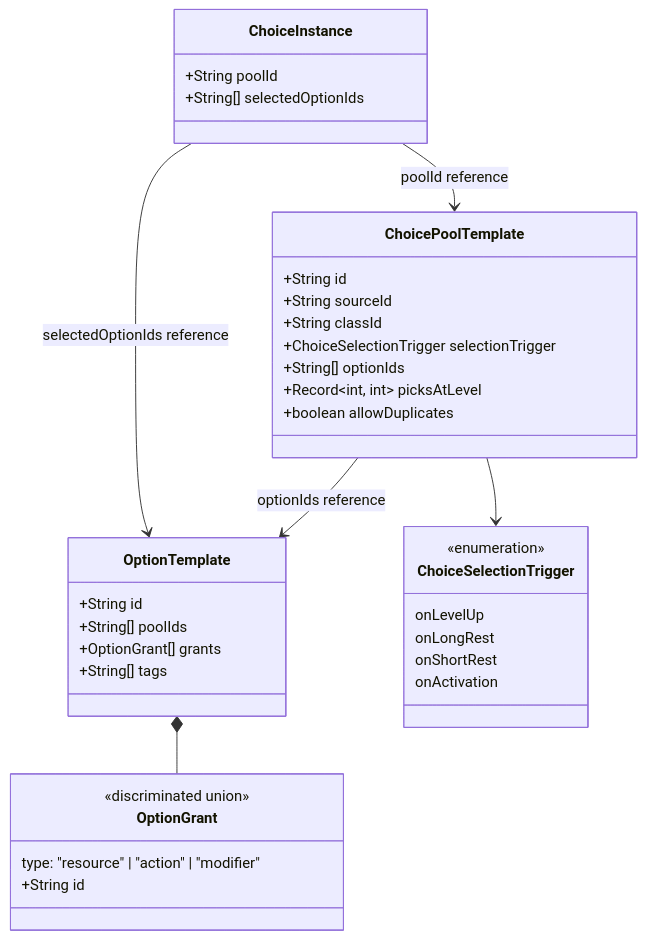
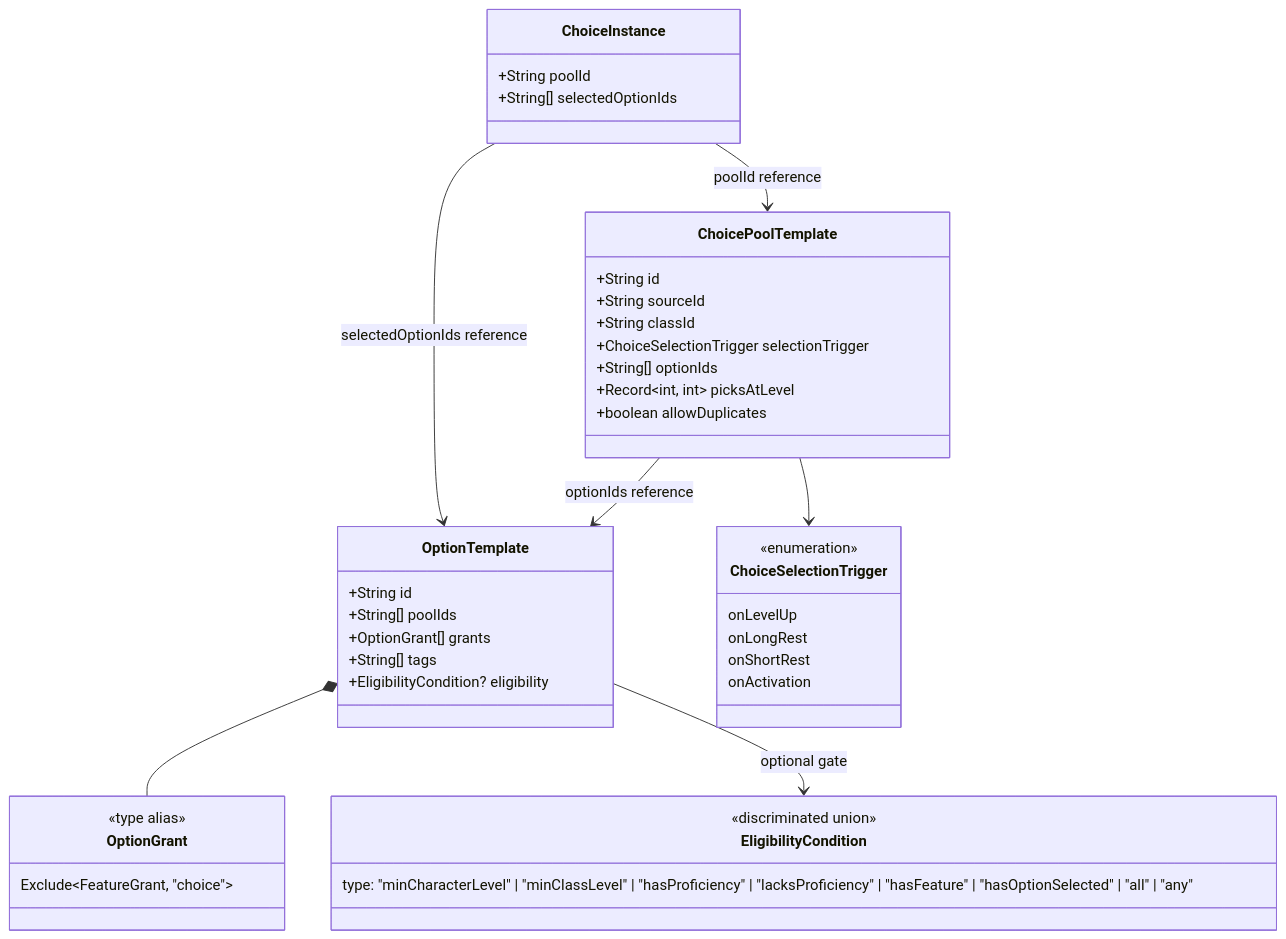
The fifth of 7 diagrams in docs/domain-model.md (JaredReyes107/DnD-Companion), drawn with Mermaid before and after one commit. The commit also changed other lines of this file and 241 other files, not shown here.

````diff
--- a/docs/domain-model.md
+++ b/docs/domain-model.md
@@ -156,44 +235,50 @@
 ```mermaid
 classDiagram
     class ChoicePoolTemplate {
         +String id
         +String sourceId
         +String classId
         +ChoiceSelectionTrigger selectionTrigger
         +String[] optionIds
         +Record~int, int~ picksAtLevel
         +boolean allowDuplicates
     }
 
     class OptionTemplate {
         +String id
         +String[] poolIds
         +OptionGrant[] grants
         +String[] tags
+        +EligibilityCondition? eligibility
     }
 
     class OptionGrant {
+        <<type alias>>
+        Exclude~FeatureGrant, "choice"~
+    }
+
+    class EligibilityCondition {
         <<discriminated union>>
-        type: "resource" | "action" | "modifier"
-        +String id
+        type: "minCharacterLevel" | "minClassLevel" | "hasProficiency" | "lacksProficiency" | "hasFeature" | "hasOptionSelected" | "all" | "any"
     }
 
     class ChoiceInstance {
         +String poolId
         +String[] selectedOptionIds
     }
 
     class ChoiceSelectionTrigger {
         <<enumeration>>
         onLevelUp
         onLongRest
         onShortRest
         onActivation
     }
 
     ChoicePoolTemplate --> OptionTemplate : optionIds reference
     OptionTemplate *-- OptionGrant
+    OptionTemplate --> EligibilityCondition : optional gate
     ChoicePoolTemplate --> ChoiceSelectionTrigger
     ChoiceInstance --> ChoicePoolTemplate : poolId reference
     ChoiceInstance --> OptionTemplate : selectedOptionIds reference
 ```
````
